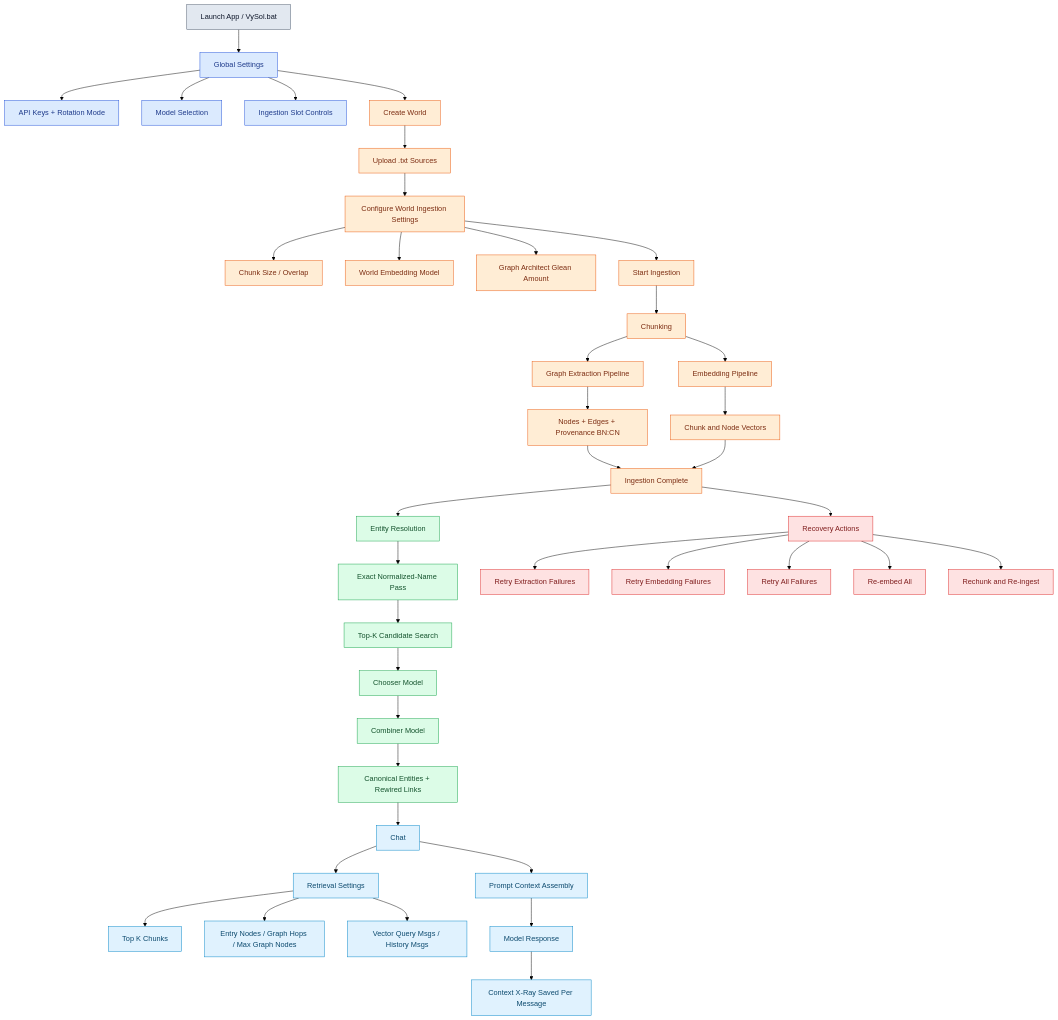
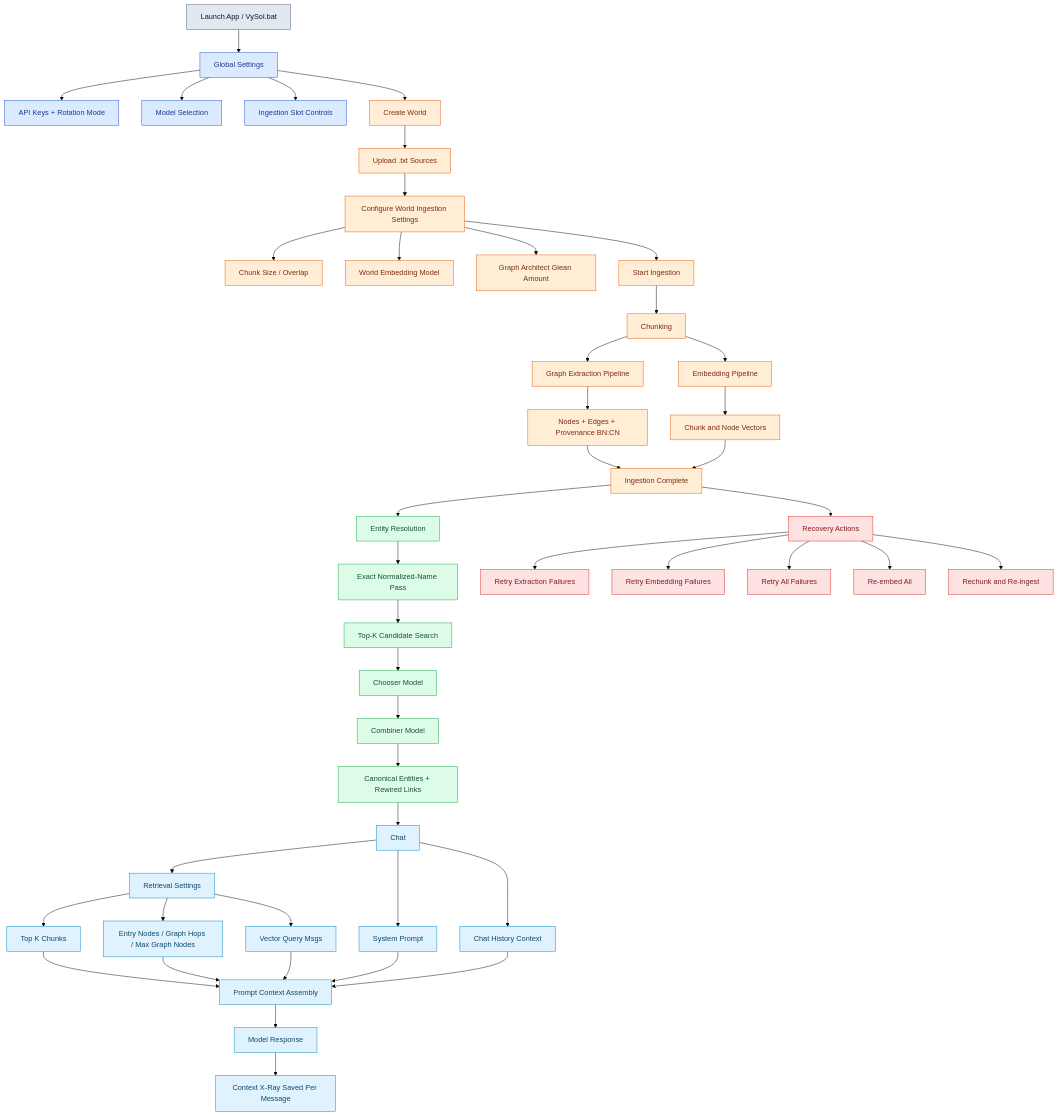
Before and after one commit to Vyce101/VySol: the diagram in docs/DIAGRAM.md, drawn with Mermaid (forest theme). The commit also changed 12 other files, not shown here.

````diff
--- a/docs/DIAGRAM.md
+++ b/docs/DIAGRAM.md
@@ -5,60 +5,70 @@
 ```mermaid
 flowchart TD
   A[Launch App / VySol.bat] --> B[Global Settings]
   B --> B1[API Keys + Rotation Mode]
   B --> B2[Model Selection]
   B --> B3[Ingestion Slot Controls]
 
   B --> C[Create World]
   C --> C1[Upload .txt Sources]
   C1 --> D[Configure World Ingestion Settings]
   D --> D1[Chunk Size / Overlap]
   D --> D2[World Embedding Model]
   D --> D3[Graph Architect Glean Amount]
 
   D --> E[Start Ingestion]
   E --> F[Chunking]
   F --> G[Graph Extraction Pipeline]
   F --> H[Embedding Pipeline]
   G --> G1[Nodes + Edges + Provenance BN:CN]
   H --> H1[Chunk and Node Vectors]
   G1 --> I[Ingestion Complete]
   H1 --> I
 
   I --> J[Entity Resolution]
   J --> J1[Exact Normalized-Name Pass]
   J1 --> J2[Top-K Candidate Search]
   J2 --> J3[Chooser Model]
   J3 --> J4[Combiner Model]
   J4 --> J5[Canonical Entities + Rewired Links]
 
   J5 --> K[Chat]
-  K --> K1[Retrieval Settings]
-  K1 --> K2[Top K Chunks]
-  K1 --> K3[Entry Nodes / Graph Hops / Max Graph Nodes]
-  K1 --> K4[Vector Query Msgs / History Msgs]
-  K --> L[Prompt Context Assembly]
+
+  K --> KR[Retrieval Settings]
+  KR --> KR1[Top K Chunks]
+  KR --> KR2[Entry Nodes / Graph Hops / Max Graph Nodes]
+  KR --> KR3[Vector Query Msgs]
+
+  K --> PS[System Prompt]
+  K --> CH[Chat History Context]
+
+  KR1 --> L[Prompt Context Assembly]
+  KR2 --> L
+  KR3 --> L
+  PS --> L
+  CH --> L
+
   L --> M[Model Response]
   M --> N[Context X-Ray Saved Per Message]
 
   I --> R[Recovery Actions]
   R --> R1[Retry Extraction Failures]
   R --> R2[Retry Embedding Failures]
   R --> R3[Retry All Failures]
   R --> R4[Re-embed All]
   R --> R5[Rechunk and Re-ingest]
 
   classDef launch fill:#e2e8f0,stroke:#475569,color:#0f172a
   classDef settings fill:#dbeafe,stroke:#1d4ed8,color:#1e3a8a
   classDef ingestion fill:#ffedd5,stroke:#ea580c,color:#7c2d12
   classDef resolution fill:#dcfce7,stroke:#16a34a,color:#14532d
   classDef chat fill:#e0f2fe,stroke:#0284c7,color:#0c4a6e
   classDef recovery fill:#fee2e2,stroke:#dc2626,color:#7f1d1d
 
   class A launch
   class B,B1,B2,B3 settings
   class C,C1,D,D1,D2,D3,E,F,G,H,G1,H1,I ingestion
   class J,J1,J2,J3,J4,J5 resolution
-  class K,K1,K2,K3,K4,L,M,N chat
+  class K,KR,KR1,KR2,KR3,PS,CH,L,M,N chat
   class R,R1,R2,R3,R4,R5 recovery
 ```
````
